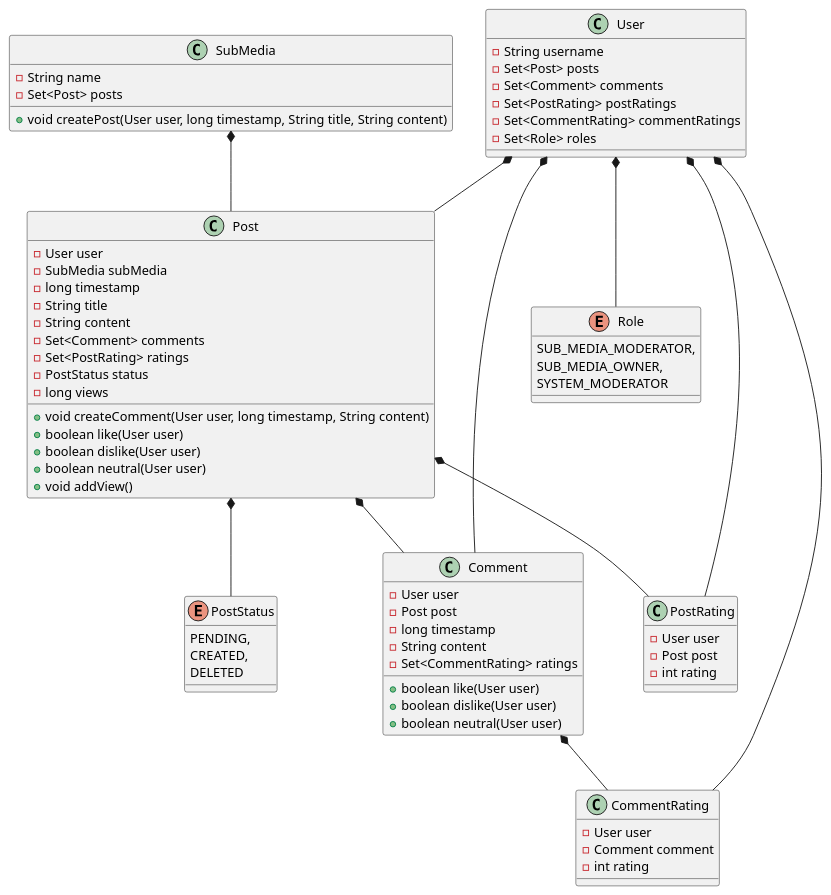
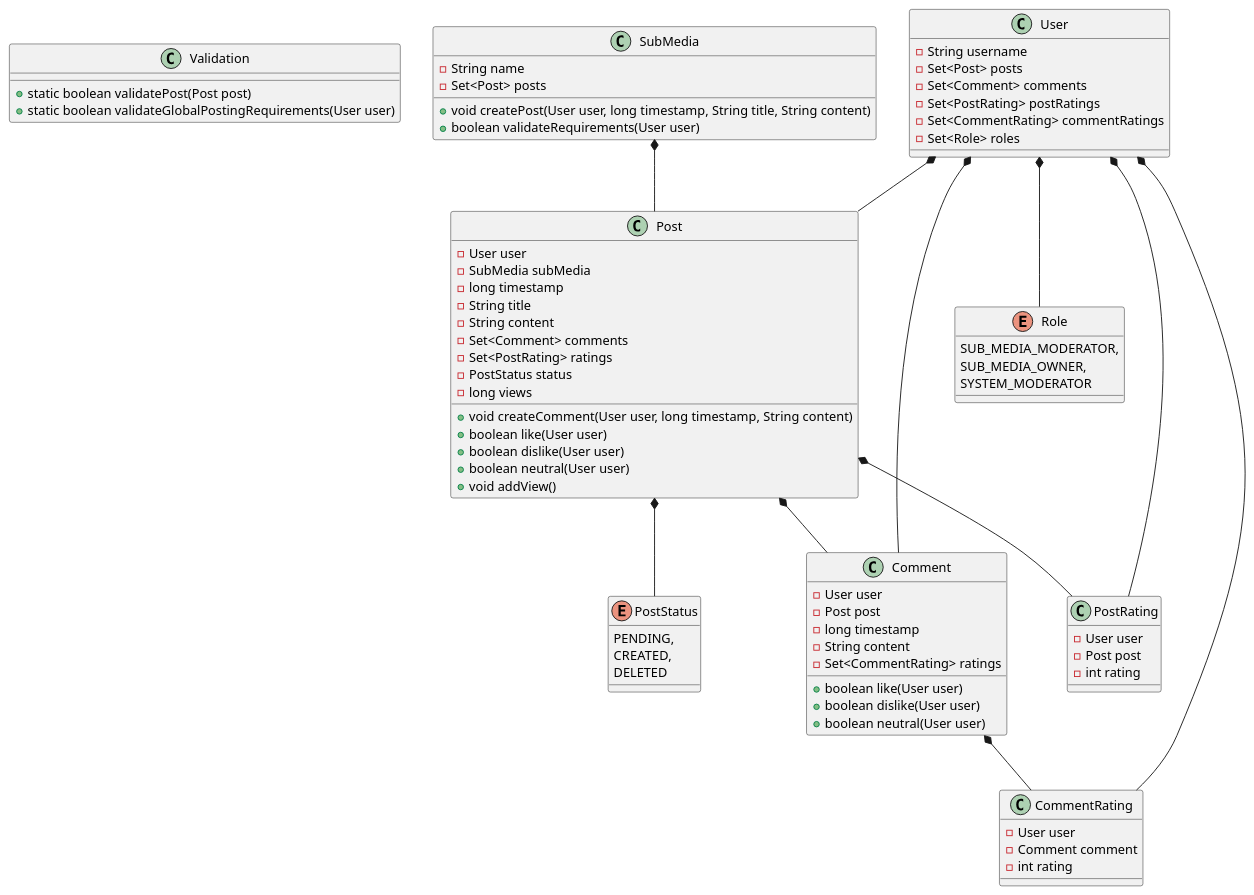
Before and after one commit to Peter537/Dat4-SU-MegaMedia: the diagram in diagrammer/klassediagram/klassediagram 1.puml, drawn with PlantUML. The commit also changed 3 other files, not shown here.

```diff
--- a/diagrammer/klassediagram/klassediagram 1.puml
+++ b/diagrammer/klassediagram/klassediagram 1.puml
@@ -1,87 +1,93 @@
 @startuml
+
+class Validation {
+    + static boolean validatePost(Post post)
+    + static boolean validateGlobalPostingRequirements(User user)
+}
 
 class User {
     - String username
     - Set<Post> posts
     - Set<Comment> comments
     - Set<PostRating> postRatings
     - Set<CommentRating> commentRatings
     - Set<Role> roles
 }
 
 class SubMedia {
     - String name
     - Set<Post> posts
 
     + void createPost(User user, long timestamp, String title, String content)
+    + boolean validateRequirements(User user)
 }
 
 class Post {
     - User user
     - SubMedia subMedia
     - long timestamp
     - String title
     - String content
     - Set<Comment> comments
     - Set<PostRating> ratings
     - PostStatus status
     - long views
 
     + void createComment(User user, long timestamp, String content)
     + boolean like(User user)
     + boolean dislike(User user)
     + boolean neutral(User user)
     + void addView()
 }
 
 class PostRating {
     - User user
     - Post post
     - int rating
 }
 
 class Comment {
     - User user
     - Post post
     - long timestamp
     - String content
     - Set<CommentRating> ratings
 
     + boolean like(User user)
     + boolean dislike(User user)
     + boolean neutral(User user)
 }
 
 class CommentRating {
     - User user
     - Comment comment
     - int rating
 }
 
 enum Role {
     SUB_MEDIA_MODERATOR,
     SUB_MEDIA_OWNER,
     SYSTEM_MODERATOR
 }
 
 enum PostStatus {
     PENDING,
     CREATED,
     DELETED
 }
 
 SubMedia *-- Post
 
 Post *-- Comment
 Post *-- PostRating
 Post *-- PostStatus
 
 Comment *-- CommentRating
 
 User *-- Post
 User *-- Comment
 User *-- PostRating
 User *-- CommentRating
 User *-- Role
 
 @enduml
```
